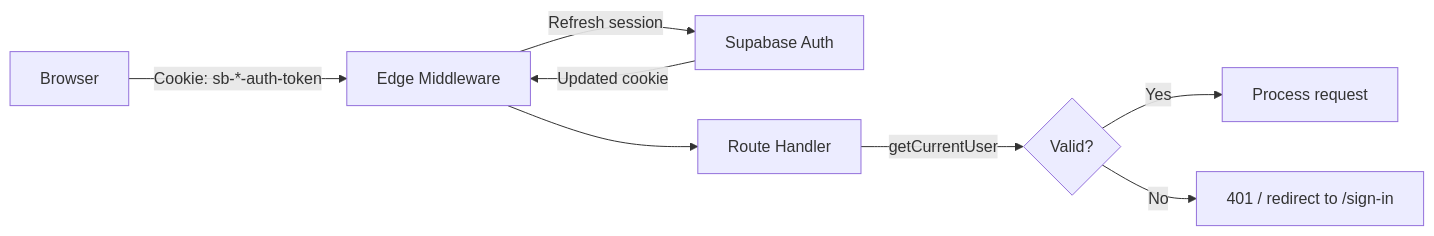
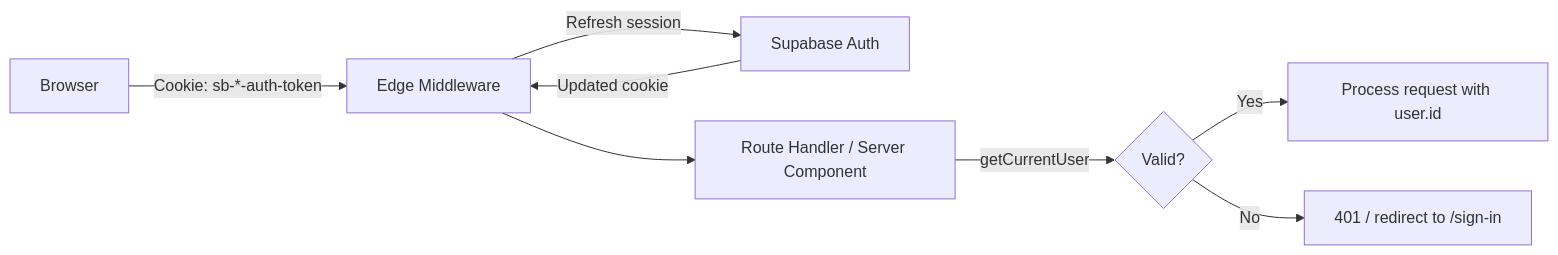
One commit to buzu84/project-mind changed the diagram in docs/architecture/AUTH_AND_SECURITY.md. Above: the diagram before and after it, drawn with Mermaid. The commit also changed other lines of this file and 30 other files, not shown here.

````diff
--- a/docs/architecture/AUTH_AND_SECURITY.md
+++ b/docs/architecture/AUTH_AND_SECURITY.md
@@ -14,10 +18,10 @@
 ```mermaid
 graph LR
     A[Browser] -->|Cookie: sb-*-auth-token| B[Edge Middleware]
     B -->|Refresh session| C[Supabase Auth]
     C -->|Updated cookie| B
-    B --> D[Route Handler]
+    B --> D[Route Handler / Server Component]
     D -->|getCurrentUser| E{Valid?}
-    E -->|Yes| F[Process request]
+    E -->|Yes| F[Process request with user.id]
     E -->|No| G[401 / redirect to /sign-in]
 ```
````
